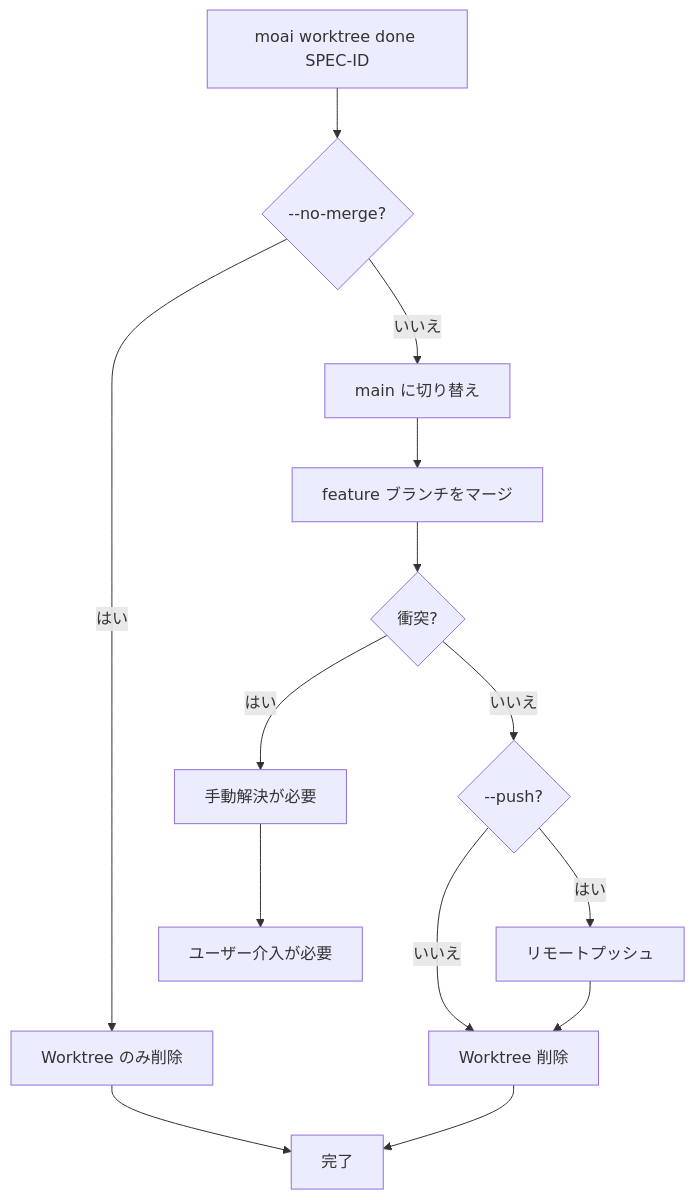
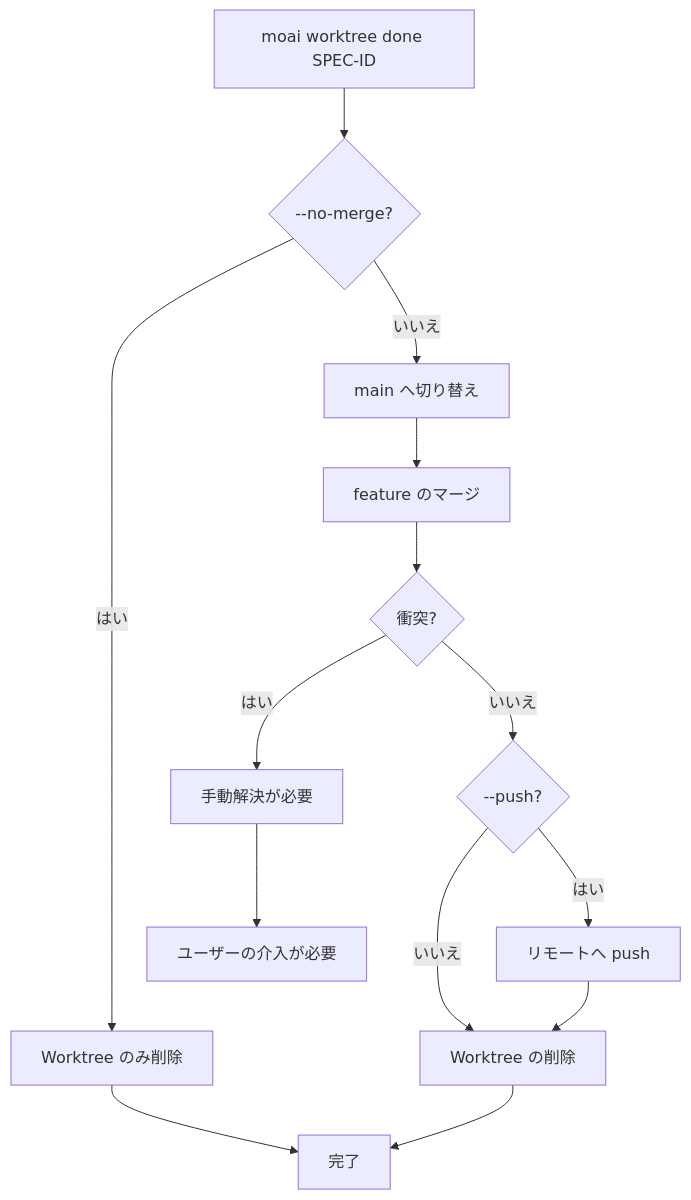
One commit to modu-ai/moai-adk changed the fifth of 9 diagrams in docs-site/content/ja/worktree/faq.md. Above: the diagram before and after it, drawn with Mermaid. The commit also changed other lines of this file and 395 other files, not shown here.

````diff
--- a/docs-site/content/ja/worktree/faq.md
+++ b/docs-site/content/ja/worktree/faq.md
@@ -224,16 +225,16 @@
 ```mermaid
 flowchart TD
     A[moai worktree done SPEC-ID] --> B{--no-merge?}
     B -->|はい| C[Worktree のみ削除]
-    B -->|いいえ| D[main に切り替え]
-    D --> E[feature ブランチをマージ]
+    B -->|いいえ| D[main へ切り替え]
+    D --> E[feature のマージ]
     E --> F{衝突?}
     F -->|はい| G[手動解決が必要]
     F -->|いいえ| H{--push?}
-    H -->|はい| I[リモートプッシュ]
-    H -->|いいえ| J[Worktree 削除]
+    H -->|はい| I[リモートへ push]
+    H -->|いいえ| J[Worktree の削除]
     I --> J
     C --> K[完了]
     J --> K
-    G --> L[ユーザー介入が必要]
+    G --> L[ユーザーの介入が必要]
 ```
````
